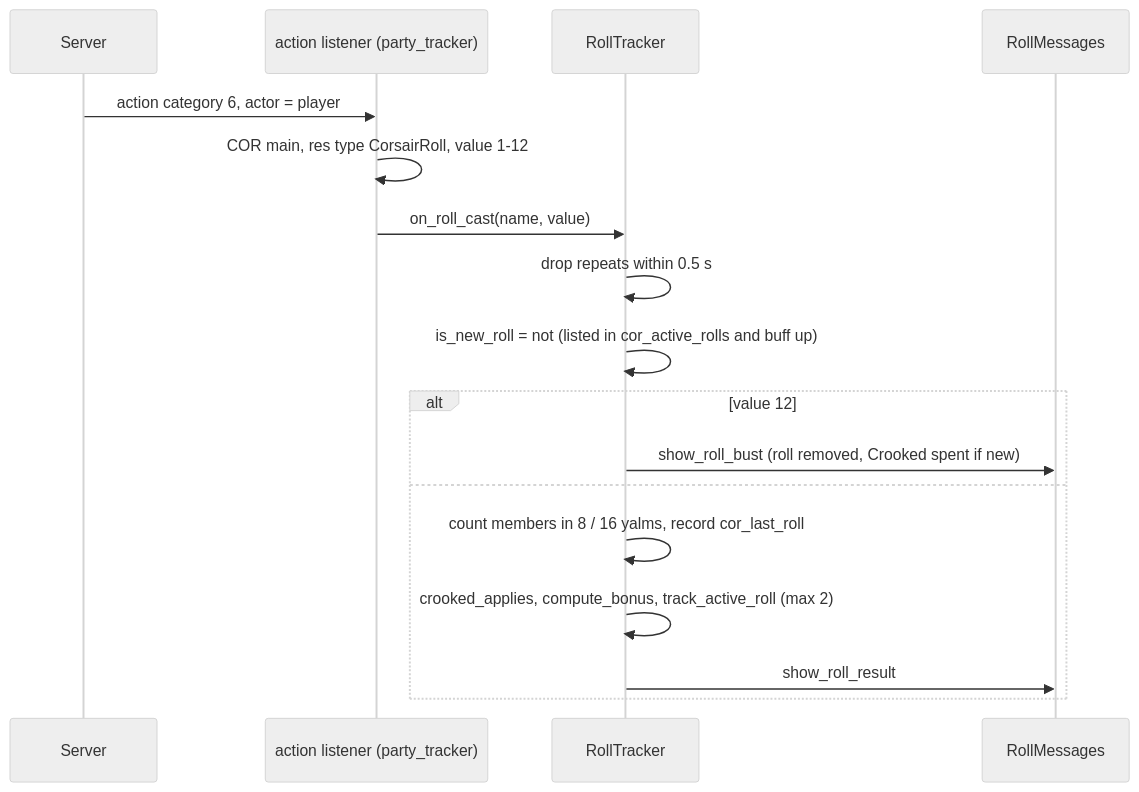
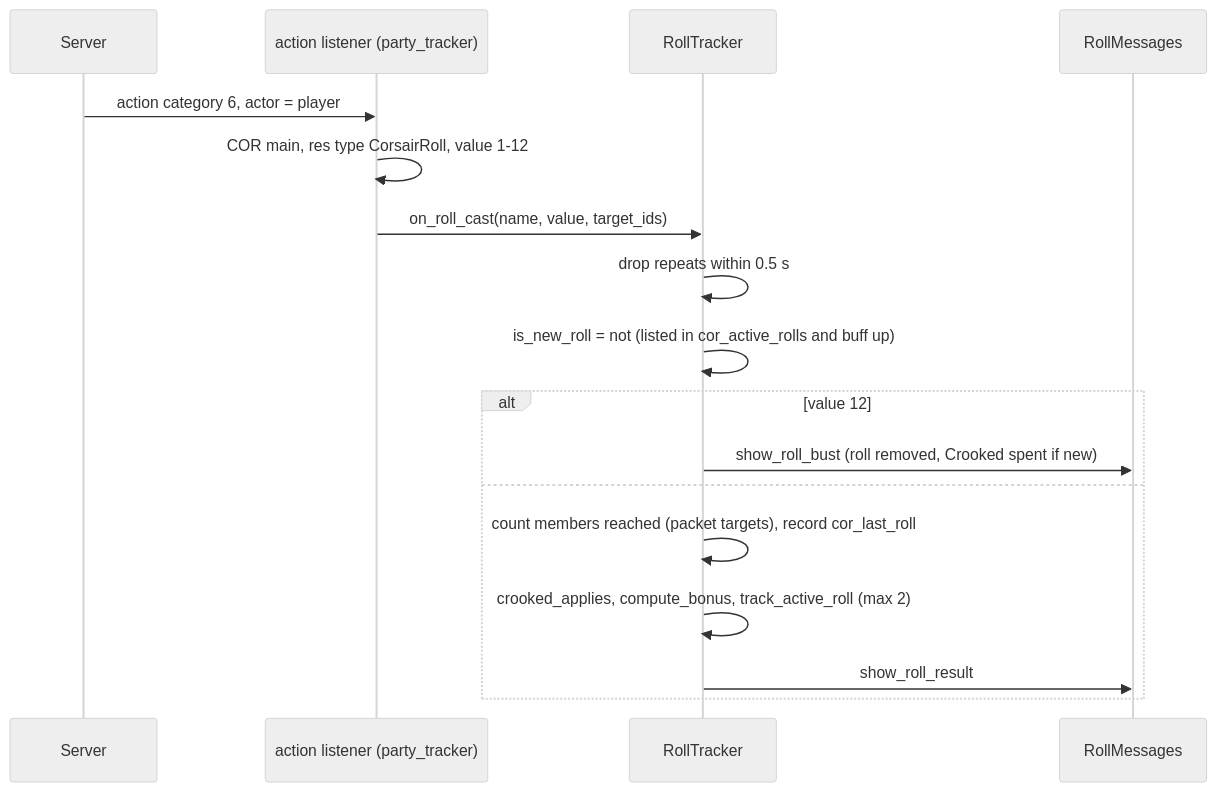
Before and after one commit to ejouanchicot/Gearswap: the second of 2 diagrams in docs/dev/jobs/cor.md, drawn with Mermaid (neutral theme). The commit also changed other lines of this file and 41 other files, not shown here.

````diff
--- a/docs/dev/jobs/cor.md
+++ b/docs/dev/jobs/cor.md
@@ -180,19 +180,19 @@
 ```mermaid
 sequenceDiagram
     participant S as Server
     participant L as action listener (party_tracker)
     participant RT as RollTracker
     participant MF as RollMessages
     S->>L: action category 6, actor = player
     L->>L: COR main, res type CorsairRoll, value 1-12
-    L->>RT: on_roll_cast(name, value)
+    L->>RT: on_roll_cast(name, value, target_ids)
     RT->>RT: drop repeats within 0.5 s
     RT->>RT: is_new_roll = not (listed in cor_active_rolls and buff up)
     alt value 12
         RT->>MF: show_roll_bust (roll removed, Crooked spent if new)
     else
-        RT->>RT: count members in 8 / 16 yalms, record cor_last_roll
+        RT->>RT: count members reached (packet targets), record cor_last_roll
         RT->>RT: crooked_applies, compute_bonus, track_active_roll (max 2)
         RT->>MF: show_roll_result
     end
 ```
````
